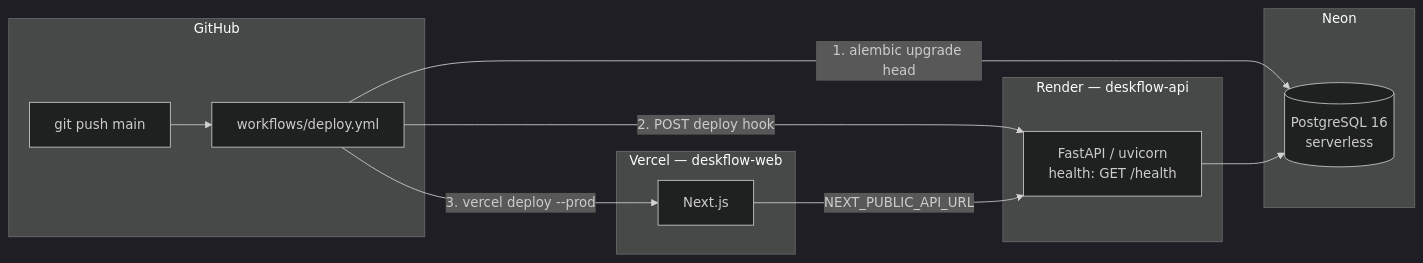
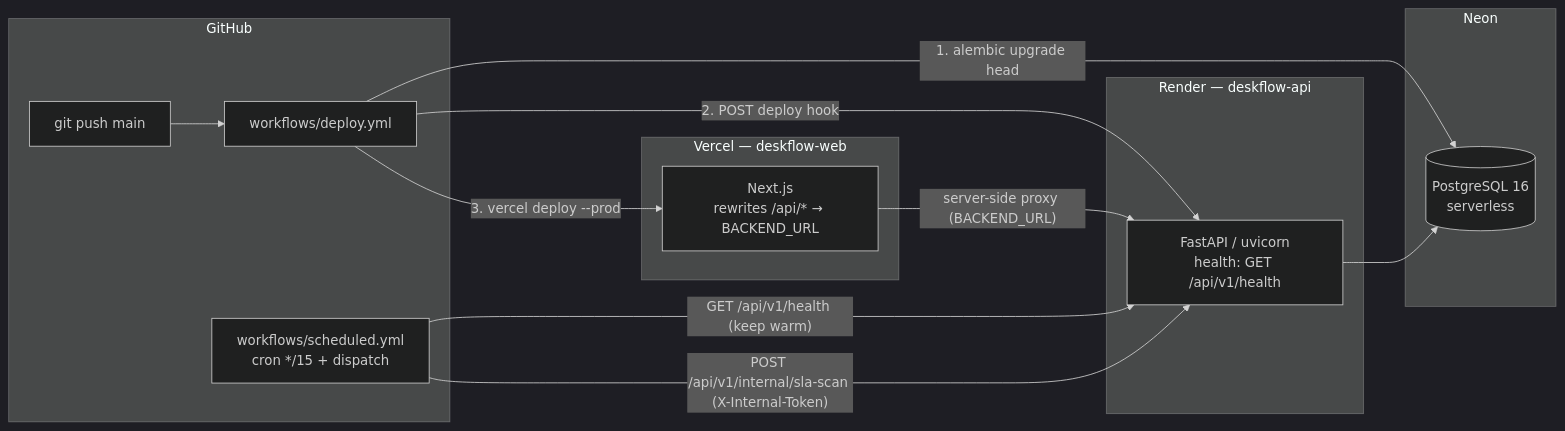
One commit to zayddawood-0/deskflow changed the fourth of 4 diagrams in docs/ARCHITECTURE.md. Above: the diagram before and after it, drawn with Mermaid (dark theme). The commit also changed other lines of this file and 69 other files, not shown here.

Commit message:
chore: scaffold monorepo with FastAPI backend, Next.js frontend, docker compose and CI

````diff
--- a/docs/ARCHITECTURE.md
+++ b/docs/ARCHITECTURE.md
@@ -180,22 +181,25 @@
 ```mermaid
 flowchart LR
     subgraph gh["GitHub"]
         PUSH["git push main"]
         WF["workflows/deploy.yml"]
+        SCH["workflows/scheduled.yml<br/>cron */15 + dispatch"]
     end
     subgraph neon["Neon"]
         PG[("PostgreSQL 16<br/>serverless")]
     end
     subgraph render["Render — deskflow-api"]
-        API["FastAPI / uvicorn<br/>health: GET /health"]
+        API["FastAPI / uvicorn<br/>health: GET /api/v1/health"]
     end
     subgraph vercel["Vercel — deskflow-web"]
-        WEB["Next.js"]
+        WEB["Next.js<br/>rewrites /api/* → BACKEND_URL"]
     end
     PUSH --> WF
     WF -- "1. alembic upgrade head" --> PG
     WF -- "2. POST deploy hook" --> API
     API --> PG
     WF -- "3. vercel deploy --prod" --> WEB
-    WEB -- "NEXT_PUBLIC_API_URL" --> API
+    WEB -- "server-side proxy (BACKEND_URL)" --> API
+    SCH -- "GET /api/v1/health (keep warm)" --> API
+    SCH -- "POST /api/v1/internal/sla-scan (X-Internal-Token)" --> API
 ```
````
